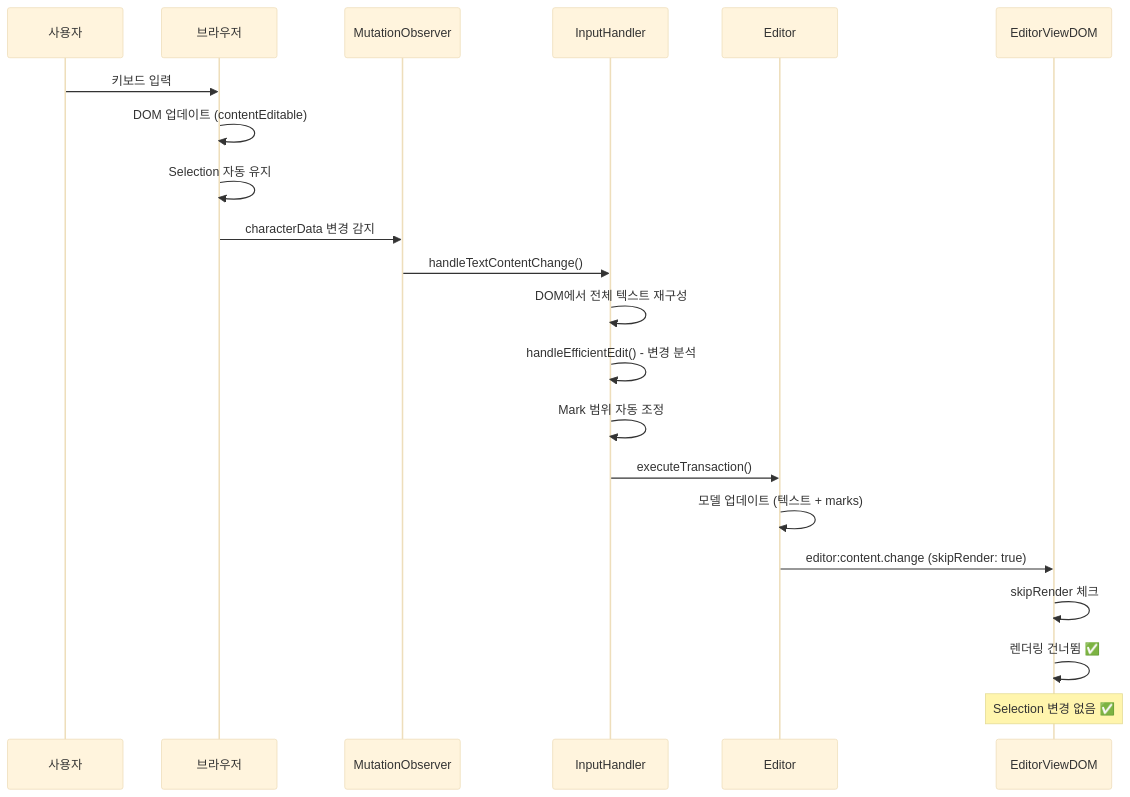
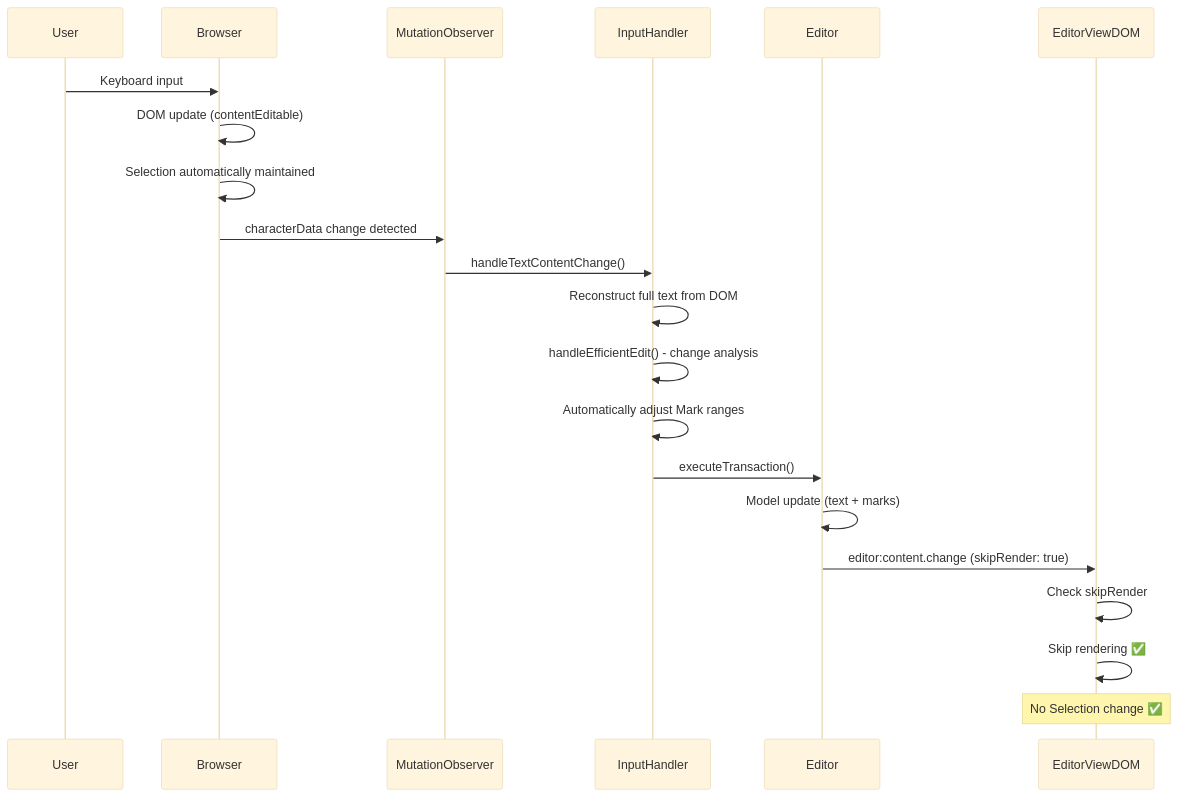
One commit to barocss/barocss-editor changed the first of 16 diagrams in packages/editor-view-dom/docs/plan/input-rendering-race-condition.md. Above: the diagram before and after it, drawn with Mermaid (base theme). The commit also changed other lines of this file and 2 other files, not shown here.

````diff
--- a/packages/editor-view-dom/docs/plan/input-rendering-race-condition.md
+++ b/packages/editor-view-dom/docs/plan/input-rendering-race-condition.md
@@ -107,24 +107,24 @@
 ```mermaid
 sequenceDiagram
-    participant User as 사용자
-    participant Browser as 브라우저
+    participant User as User
+    participant Browser as Browser
     participant MO as MutationObserver
     participant IH as InputHandler
     participant Editor as Editor
     participant EVD as EditorViewDOM
 
-    User->>Browser: 키보드 입력
-    Browser->>Browser: DOM 업데이트 (contentEditable)
-    Browser->>Browser: Selection 자동 유지
-    Browser->>MO: characterData 변경 감지
+    User->>Browser: Keyboard input
+    Browser->>Browser: DOM update (contentEditable)
+    Browser->>Browser: Selection automatically maintained
+    Browser->>MO: characterData change detected
     MO->>IH: handleTextContentChange()
-    IH->>IH: DOM에서 전체 텍스트 재구성
-    IH->>IH: handleEfficientEdit() - 변경 분석
-    IH->>IH: Mark 범위 자동 조정
+    IH->>IH: Reconstruct full text from DOM
+    IH->>IH: handleEfficientEdit() - change analysis
+    IH->>IH: Automatically adjust Mark ranges
     IH->>Editor: executeTransaction()
-    Editor->>Editor: 모델 업데이트 (텍스트 + marks)
+    Editor->>Editor: Model update (text + marks)
     Editor->>EVD: editor:content.change (skipRender: true)
-    EVD->>EVD: skipRender 체크
-    EVD->>EVD: 렌더링 건너뜀 ✅
-    Note over EVD: Selection 변경 없음 ✅
+    EVD->>EVD: Check skipRender
+    EVD->>EVD: Skip rendering ✅
+    Note over EVD: No Selection change ✅
 ```
````
